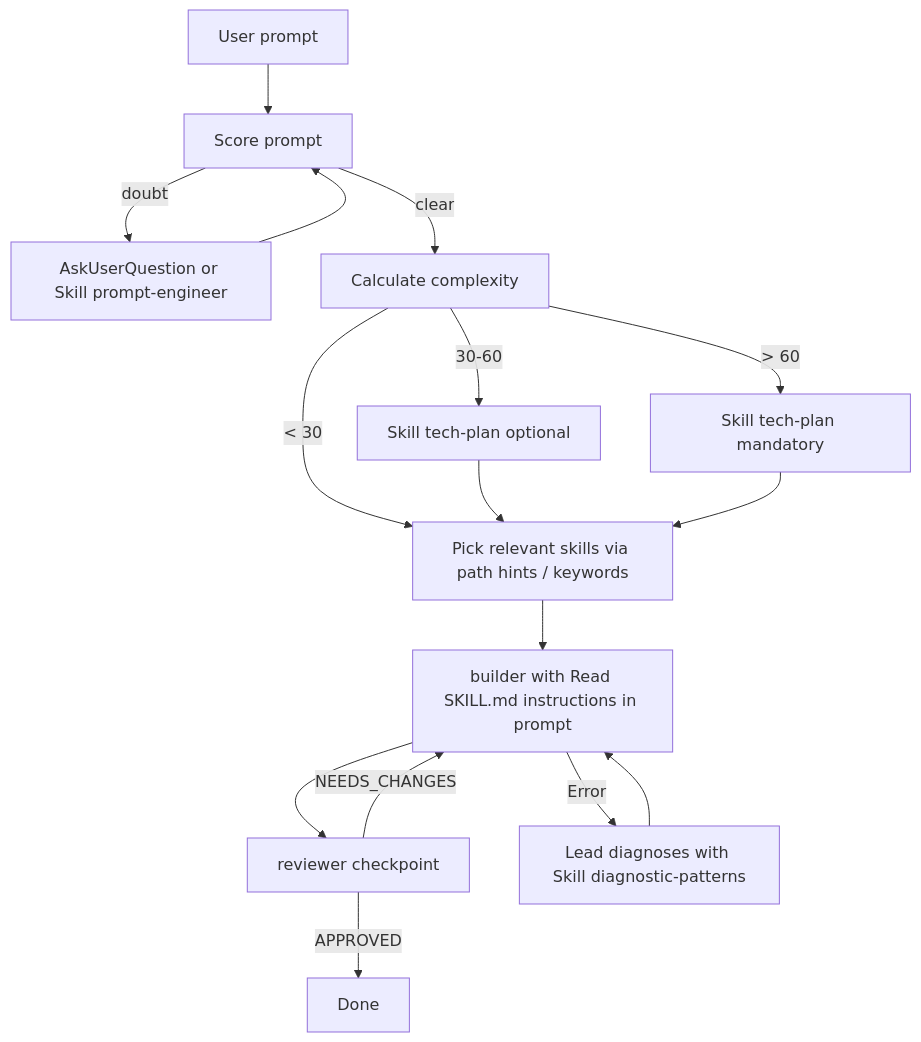
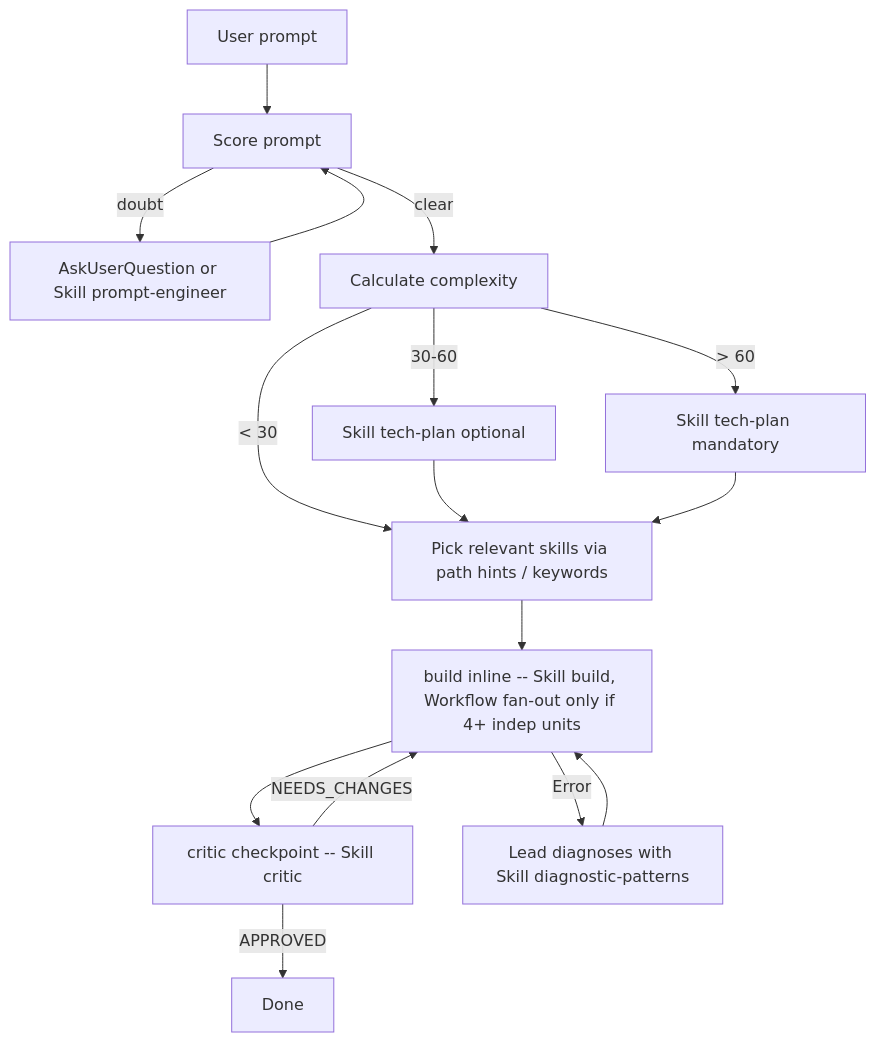
Before and after one commit to MaciWP/claude-code-poneglyph: the diagram in CLAUDE.md, drawn with Mermaid. The commit also changed other lines of this file and 18 other files, not shown here.

````diff
--- a/CLAUDE.md
+++ b/CLAUDE.md
@@ -217,17 +217,17 @@
 ```mermaid
 graph TD
     U[User prompt] --> S[Score prompt]
     S -->|doubt| AQ[AskUserQuestion or Skill prompt-engineer]
     AQ --> S
     S -->|clear| C[Calculate complexity]
     C -->|< 30| SK[Pick relevant skills via path hints / keywords]
     C -->|30-60| P1[Skill tech-plan optional]
     C -->|> 60| P2[Skill tech-plan mandatory]
     P1 & P2 --> SK
-    SK --> B[builder with Read SKILL.md instructions in prompt]
-    B --> R[reviewer checkpoint]
+    SK --> B[build inline -- Skill build, Workflow fan-out only if 4+ indep units]
+    B --> R[critic checkpoint -- Skill critic]
     R -->|APPROVED| D[Done]
     R -->|NEEDS_CHANGES| B
     B -->|Error| DG[Lead diagnoses with Skill diagnostic-patterns]
     DG --> B
 ```
````
